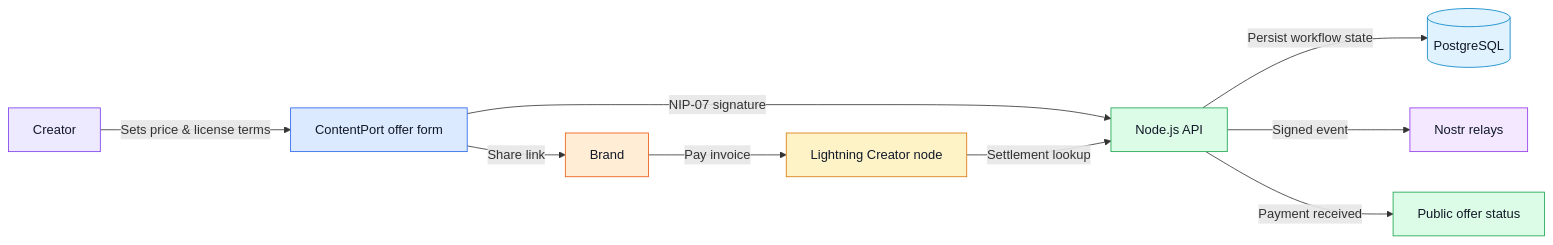
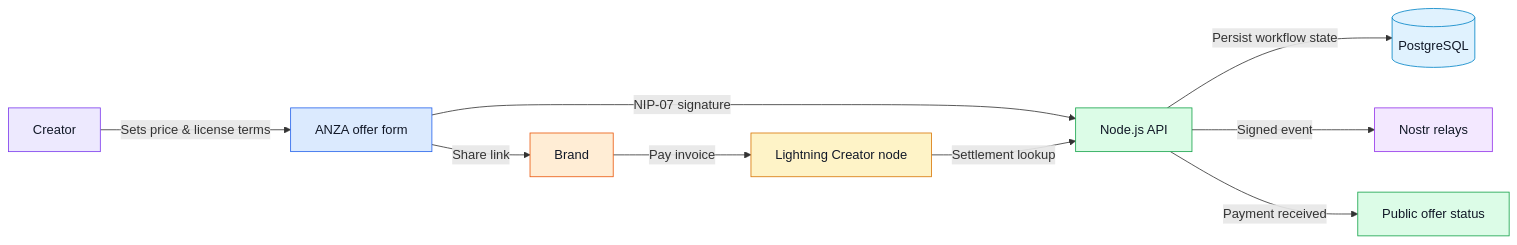
Before and after one commit to ANZA-LTD/License-Engine: the diagram in README.md, drawn with Mermaid. The commit also changed other lines of this file, not shown here.

First line of the commit message:
Rename ContentPort to ANZA in README

````diff
--- a/README.md
+++ b/README.md
@@ -37,20 +37,20 @@
 ```mermaid
 flowchart LR
-    C[Creator] -->|Sets price & license terms| F[ContentPort offer form]
+    C[Creator] -->|Sets price & license terms| F[ANZA offer form]
     F -->|NIP-07 signature| A[Node.js API]
     A -->|Persist workflow state| P[(PostgreSQL)]
     A -->|Signed event| N[Nostr relays]
     F -->|Share link| B[Brand]
     B -->|Pay invoice| L[Lightning Creator node]
     L -->|Settlement lookup| A
     A -->|Payment received| O[Public offer status]
 
     style C fill:#ede9fe,stroke:#7c3aed,color:#111827
     style F fill:#dbeafe,stroke:#2563eb,color:#111827
     style A fill:#dcfce7,stroke:#16a34a,color:#111827
     style P fill:#e0f2fe,stroke:#0284c7,color:#111827
     style N fill:#f3e8ff,stroke:#9333ea,color:#111827
     style B fill:#ffedd5,stroke:#ea580c,color:#111827
     style L fill:#fef3c7,stroke:#d97706,color:#111827
     style O fill:#dcfce7,stroke:#16a34a,color:#111827
 ```
````
